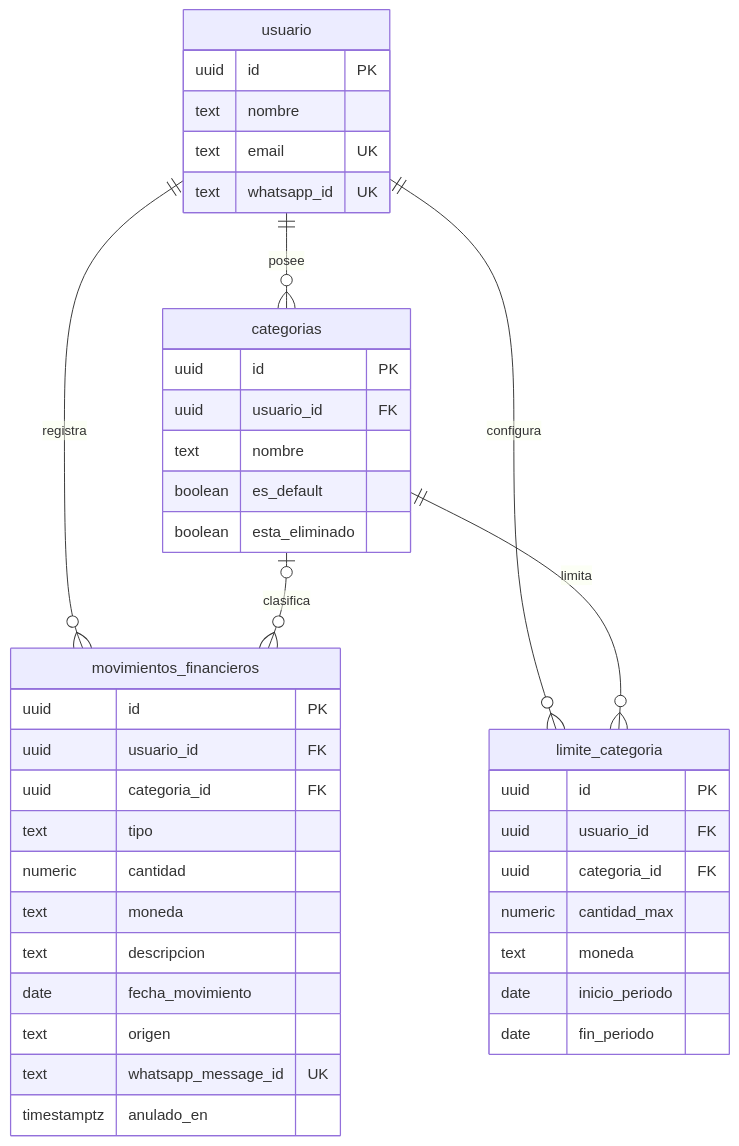
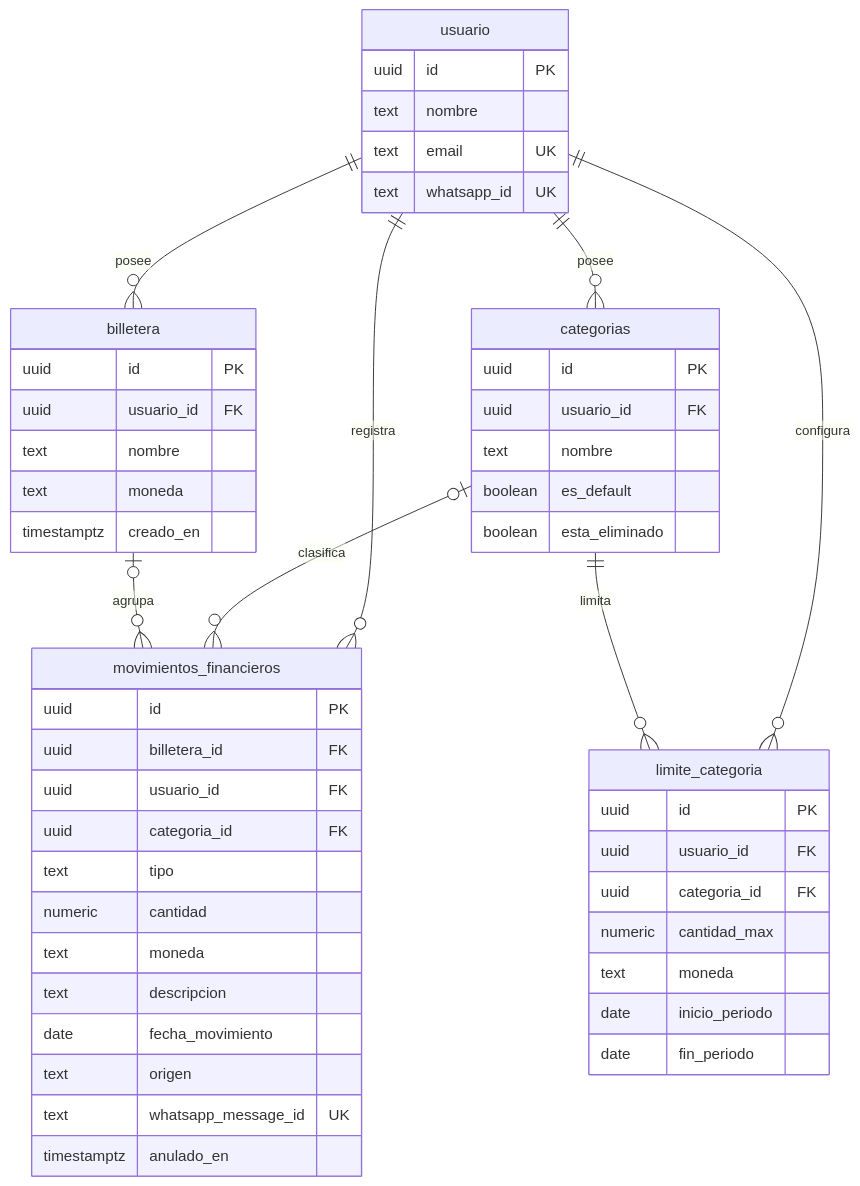
The diagram in docs/database.md (blob1618/luka), drawn with Mermaid before and after one commit. The commit also changed other lines of this file and 7 other files, not shown here.

Commit message:
feat(wallets): add wallet schema expansion

````diff
--- a/docs/database.md
+++ b/docs/database.md
@@ -69,47 +71,58 @@
 ```mermaid
 erDiagram
     usuario {
         uuid id PK
         text nombre
         text email UK
         text whatsapp_id UK
     }
 
     categorias {
         uuid id PK
         uuid usuario_id FK
         text nombre
         boolean es_default
         boolean esta_eliminado
     }
 
     movimientos_financieros {
         uuid id PK
+        uuid billetera_id FK
         uuid usuario_id FK
         uuid categoria_id FK
         text tipo
         numeric cantidad
         text moneda
         text descripcion
         date fecha_movimiento
         text origen
         text whatsapp_message_id UK
         timestamptz anulado_en
+    }
+
+    billetera {
+        uuid id PK
+        uuid usuario_id FK
+        text nombre
+        text moneda
+        timestamptz creado_en
     }
 
     limite_categoria {
         uuid id PK
         uuid usuario_id FK
         uuid categoria_id FK
         numeric cantidad_max
         text moneda
         date inicio_periodo
         date fin_periodo
     }
 
     usuario ||--o{ categorias : posee
     usuario ||--o{ movimientos_financieros : registra
     categorias o|--o{ movimientos_financieros : clasifica
+    usuario ||--o{ billetera : posee
+    billetera o|--o{ movimientos_financieros : agrupa
     usuario ||--o{ limite_categoria : configura
     categorias ||--o{ limite_categoria : limita
 ```
````
